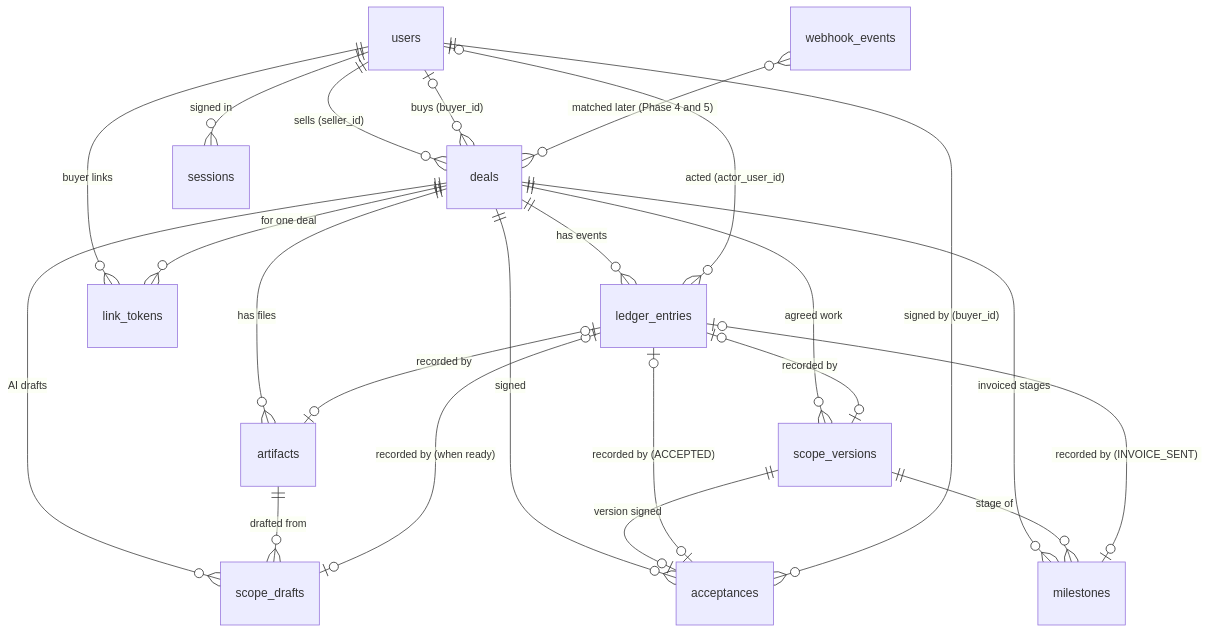
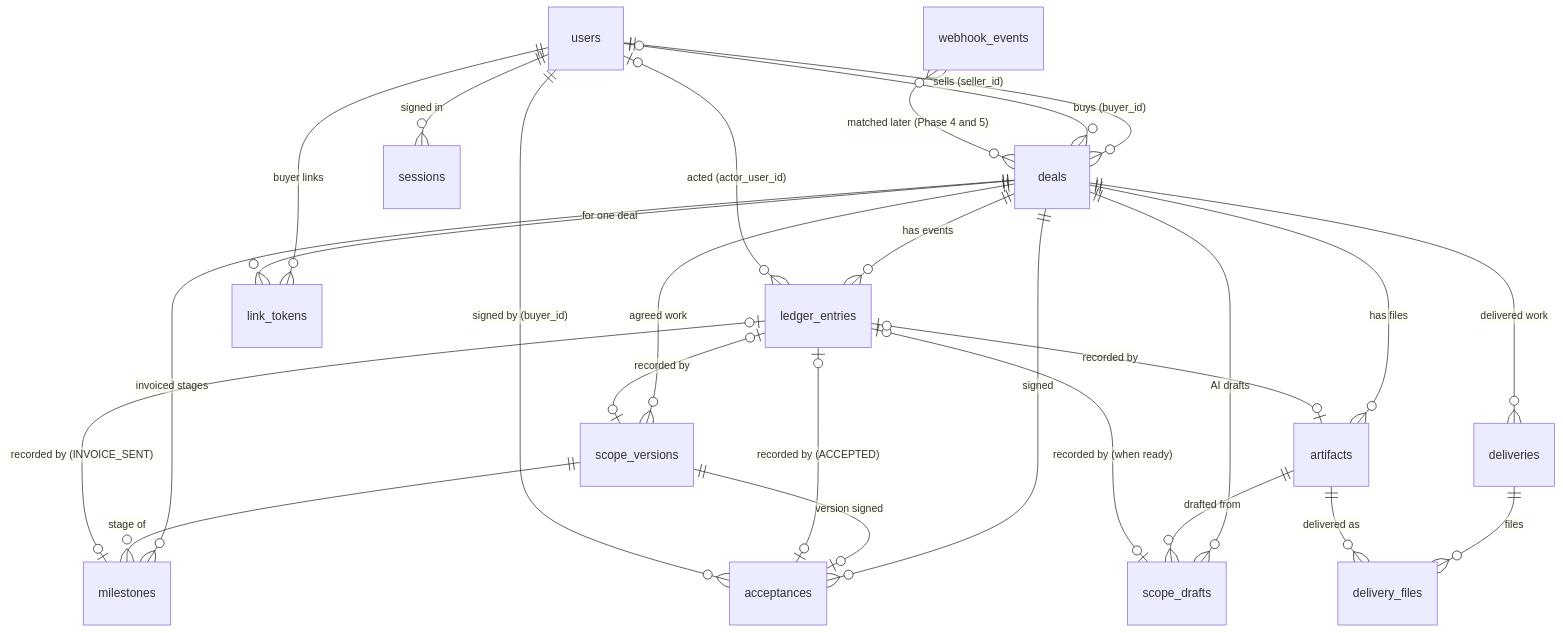
Before and after one commit to sushantpatil2899/pactpal: the diagram in docs/data-model.md, drawn with Mermaid. The commit also changed other lines of this file and 24 other files, not shown here.

````diff
--- a/docs/data-model.md
+++ b/docs/data-model.md
@@ -5,25 +5,28 @@
 ```mermaid
 erDiagram
   users ||--o{ deals : "sells (seller_id)"
   users |o--o{ deals : "buys (buyer_id)"
   deals ||--o{ ledger_entries : "has events"
   users |o--o{ ledger_entries : "acted (actor_user_id)"
   deals ||--o{ scope_versions : "agreed work"
   ledger_entries |o--o| scope_versions : "recorded by"
   deals ||--o{ acceptances : "signed"
   scope_versions ||--o| acceptances : "version signed"
   ledger_entries |o--o| acceptances : "recorded by (ACCEPTED)"
   users ||--o{ acceptances : "signed by (buyer_id)"
   deals ||--o{ milestones : "invoiced stages"
+  deals ||--o{ deliveries : "delivered work"
+  deliveries ||--o{ delivery_files : "files"
+  artifacts ||--o{ delivery_files : "delivered as"
   scope_versions ||--o{ milestones : "stage of"
   ledger_entries |o--o| milestones : "recorded by (INVOICE_SENT)"
   deals ||--o{ artifacts : "has files"
   deals ||--o{ scope_drafts : "AI drafts"
   artifacts ||--o{ scope_drafts : "drafted from"
   ledger_entries |o--o| scope_drafts : "recorded by (when ready)"
   ledger_entries |o--o| artifacts : "recorded by"
   webhook_events }o--o{ deals : "matched later (Phase 4 and 5)"
   users ||--o{ sessions : "signed in"
   users ||--o{ link_tokens : "buyer links"
   deals ||--o{ link_tokens : "for one deal"
 ```
````
